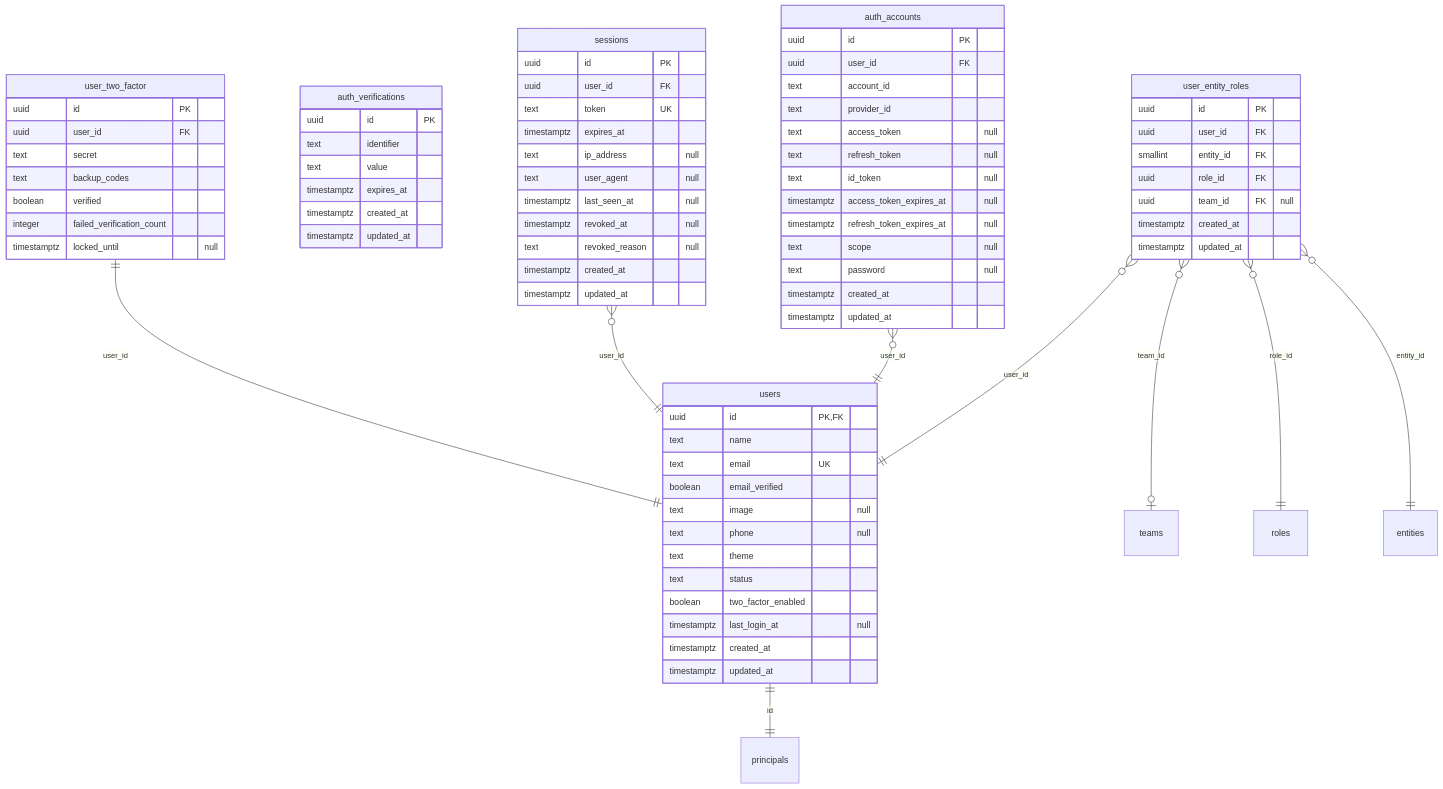
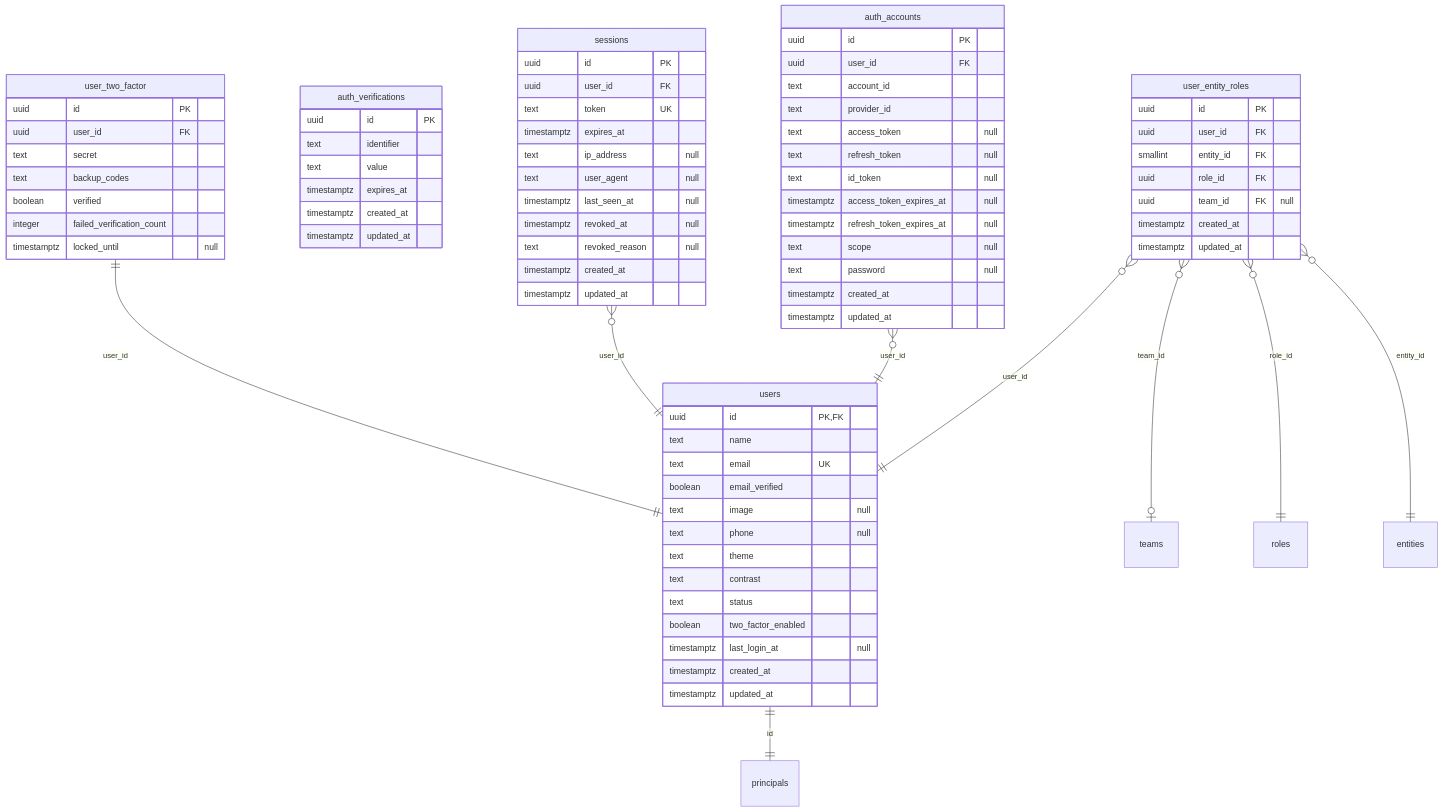
One commit to techaust/shakti_prime changed the second of 14 diagrams in docs/data/ERD.md. Above: the diagram before and after it, drawn with Mermaid. The commit also changed other lines of this file and 3 other files, not shown here.

````diff
--- a/docs/data/ERD.md
+++ b/docs/data/ERD.md
@@ -83,79 +83,80 @@
 ```mermaid
 erDiagram
   auth_accounts {
     uuid id PK
     uuid user_id FK
     text account_id
     text provider_id
     text access_token "null"
     text refresh_token "null"
     text id_token "null"
     timestamptz access_token_expires_at "null"
     timestamptz refresh_token_expires_at "null"
     text scope "null"
     text password "null"
     timestamptz created_at
     timestamptz updated_at
   }
   auth_verifications {
     uuid id PK
     text identifier
     text value
     timestamptz expires_at
     timestamptz created_at
     timestamptz updated_at
   }
   sessions {
     uuid id PK
     uuid user_id FK
     text token UK
     timestamptz expires_at
     text ip_address "null"
     text user_agent "null"
     timestamptz last_seen_at "null"
     timestamptz revoked_at "null"
     text revoked_reason "null"
     timestamptz created_at
     timestamptz updated_at
   }
   user_entity_roles {
     uuid id PK
     uuid user_id FK
     smallint entity_id FK
     uuid role_id FK
     uuid team_id FK "null"
     timestamptz created_at
     timestamptz updated_at
   }
   user_two_factor {
     uuid id PK
     uuid user_id FK
     text secret
     text backup_codes
     boolean verified
     integer failed_verification_count
     timestamptz locked_until "null"
   }
   users {
     uuid id PK, FK
     text name
     text email UK
     boolean email_verified
     text image "null"
     text phone "null"
     text theme
+    text contrast
     text status
     boolean two_factor_enabled
     timestamptz last_login_at "null"
     timestamptz created_at
     timestamptz updated_at
   }
   auth_accounts }o--|| users : "user_id"
   sessions }o--|| users : "user_id"
   user_entity_roles }o--|| entities : "entity_id"
   user_entity_roles }o--|| roles : "role_id"
   user_entity_roles }o--o| teams : "team_id"
   user_entity_roles }o--|| users : "user_id"
   user_two_factor ||--|| users : "user_id"
   users ||--|| principals : "id"
 ```
````
